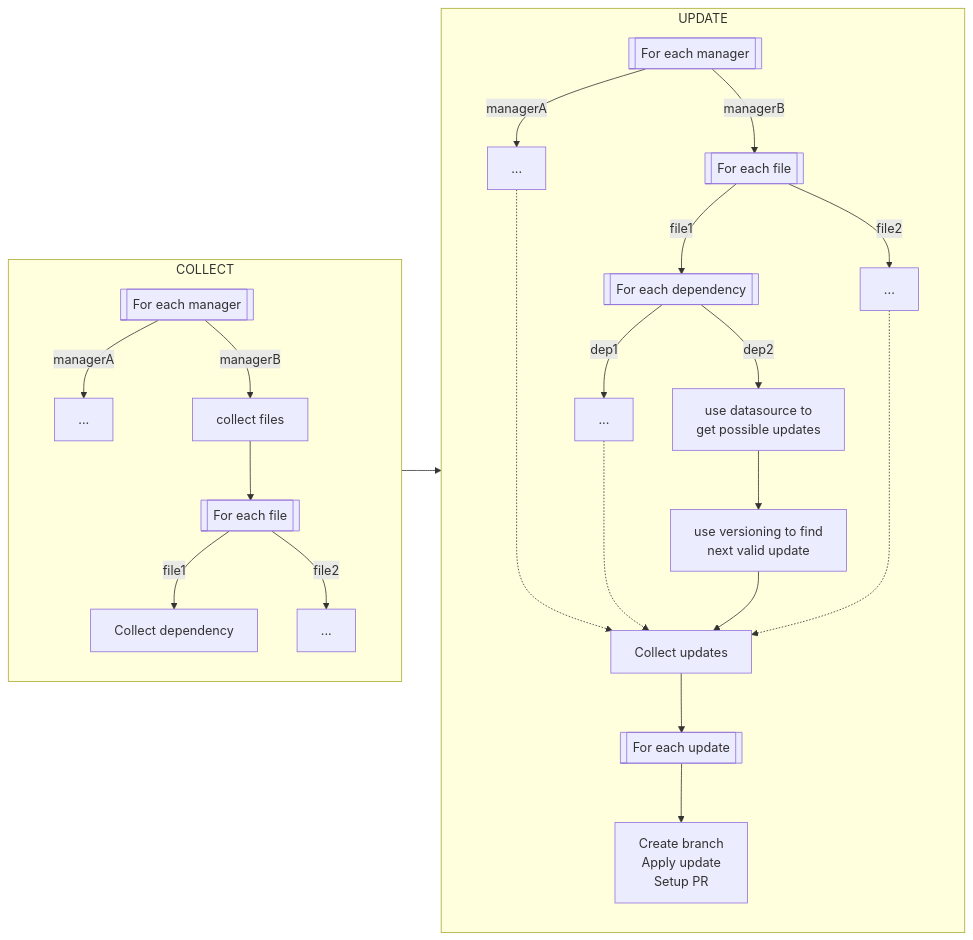
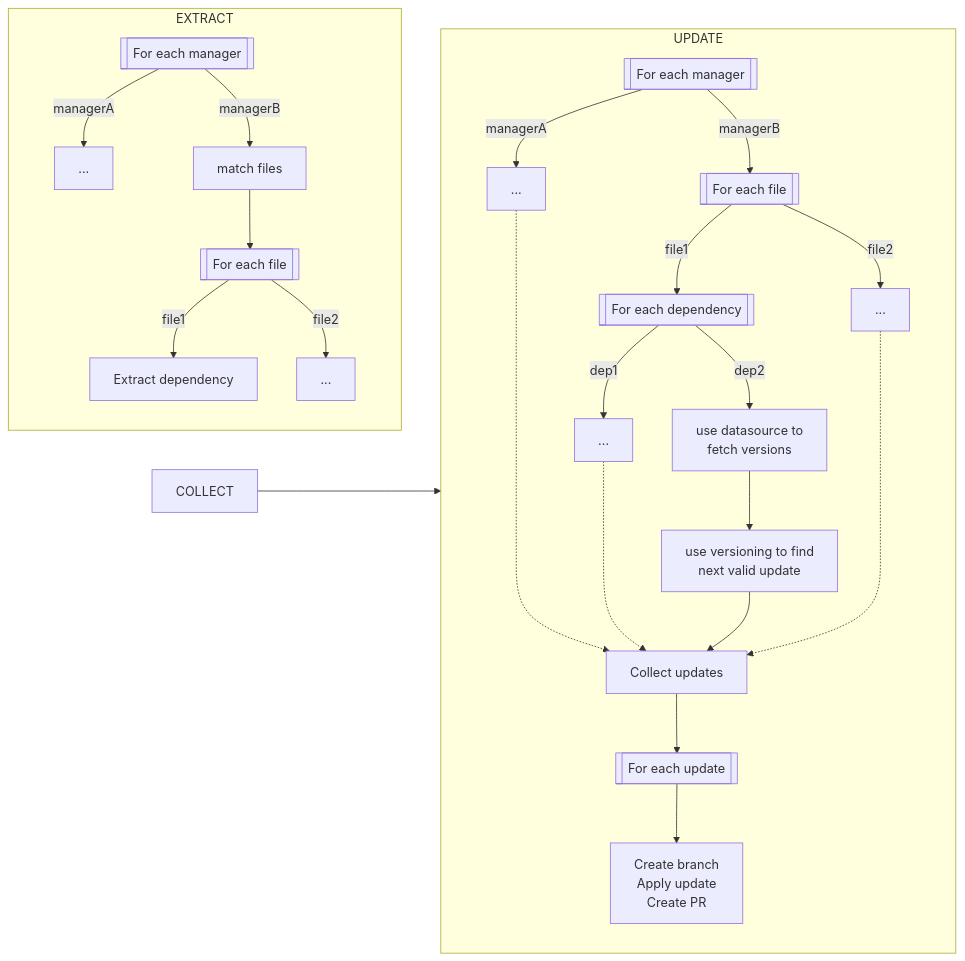
One commit to renovatebot/renovate changed the first of 2 diagrams in docs/usage/key-concepts/how-renovate-works.md. Above: the diagram before and after it, drawn with Mermaid. The commit also changed other lines of this file, not shown here.

Commit message:
Apply suggestions from code review

````diff
--- a/docs/usage/key-concepts/how-renovate-works.md
+++ b/docs/usage/key-concepts/how-renovate-works.md
@@ -41,43 +46,43 @@
 ```mermaid
 flowchart LR
-  subgraph COLLECT
+  subgraph EXTRACT
     direction TB
     CC[[For each manager]]
     CC -->|managerA| CD["..."]
-    CC -->|managerB| CCF["collect files"]
+    CC -->|managerB| CCF["match files"]
 
     CCF --> CFEF[[For each file]]
 
-    CFEF -->|file1| CCD1[Collect dependency]
+    CFEF -->|file1| CCD1[Extract dependency]
     CFEF -->|file2| CCD2[...]
   end
 
   subgraph UPDATE
     direction TB
 
     UC[[For each manager]]
     UC -->|managerA| UD["..."]
     UC -->|managerB| UFEF[[For each file]]
 
     UFEF -->|file1| FED[[For each dependency]]
     UFEF -->|file2| FED2[...]
 
 
     FED -->|dep1| D1[...]
     D1 -..-> CU
-    FED -->|dep2| D2[use datasource to\n get possible updates]
+    FED -->|dep2| D2[use datasource to\n fetch versions]
     D2 --> J[use versioning to find \n next valid update]
 
     FED2 -...-> CU
 
     UD -....-> CU
     J --> CU[Collect updates]
 
     CU --> FEU[[For each update]]
 
-    FEU --> AU[Create branch\nApply update\nSetup PR]
+    FEU --> AU[Create branch\nApply update\nCreate PR]
 
   end
 
   COLLECT --> UPDATE
 ```
````
